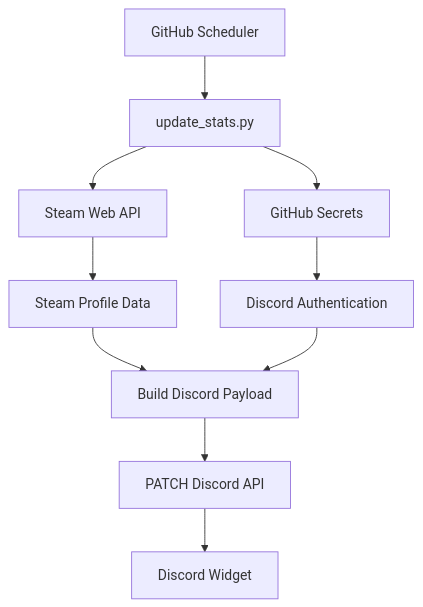
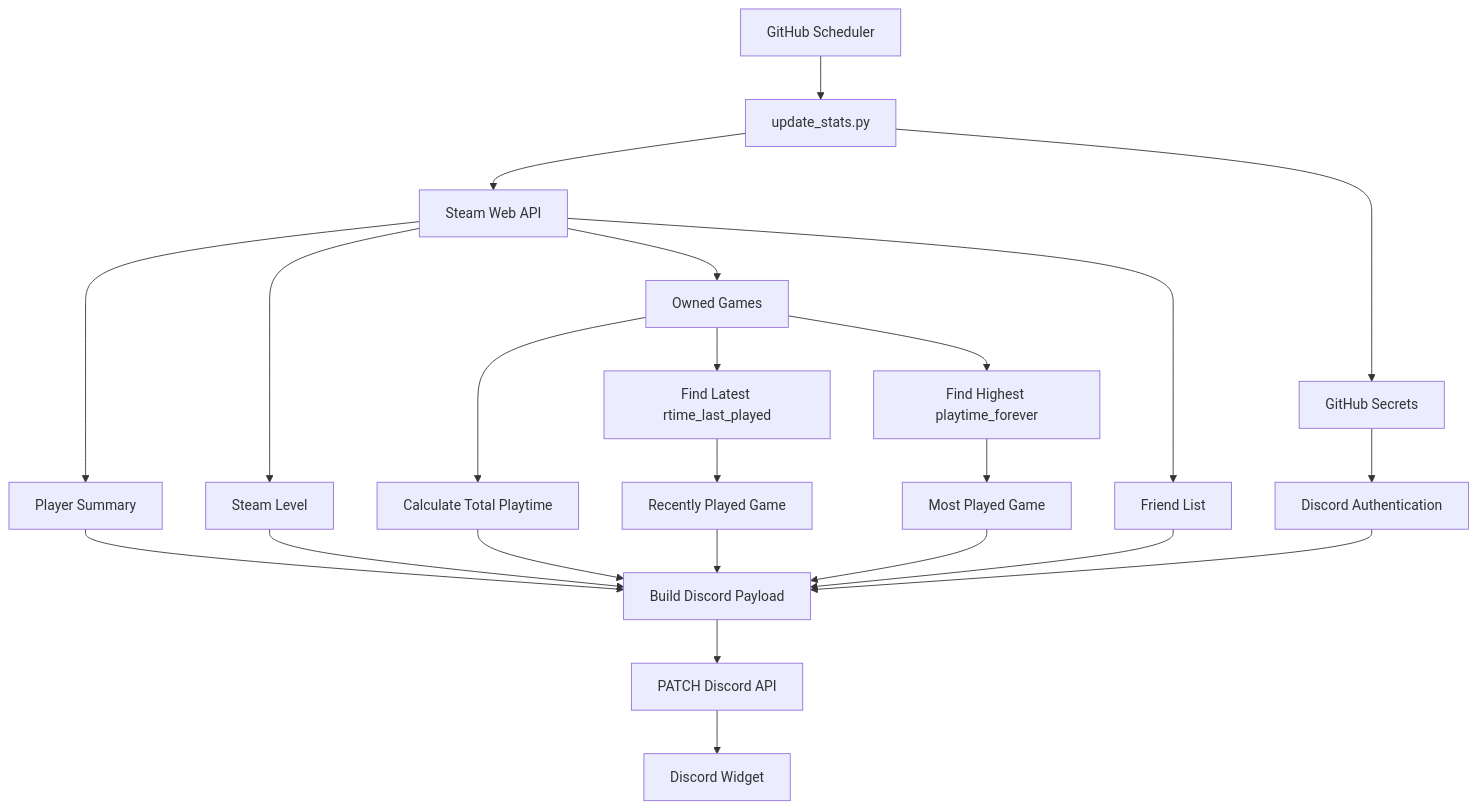
The diagram in README.md (SharwinRaj/Steam-Stats-Discord-Widget), drawn with Mermaid before and after one commit. The commit also changed other lines of this file and 1 other file, not shown here.

Commit message:
Added Most played game details

````diff
--- a/README.md
+++ b/README.md
@@ -160,12 +245,32 @@
 ```mermaid
 flowchart TD
     A[GitHub Scheduler] --> B[update_stats.py]
+
     B --> C[Steam Web API]
-    C --> D[Steam Profile Data]
-    B --> E[GitHub Secrets]
-    E --> F[Discord Authentication]
-    D --> G[Build Discord Payload]
-    F --> G
-    G --> H[PATCH Discord API]
-    H --> I[Discord Widget]
+
+    C --> D[Player Summary]
+    C --> E[Steam Level]
+    C --> F[Owned Games]
+    C --> G[Friend List]
+
+    F --> H[Calculate Total Playtime]
+    F --> I[Find Latest rtime_last_played]
+    F --> J[Find Highest playtime_forever]
+
+    I --> K[Recently Played Game]
+    J --> L[Most Played Game]
+
+    B --> M[GitHub Secrets]
+    M --> N[Discord Authentication]
+
+    D --> O[Build Discord Payload]
+    E --> O
+    H --> O
+    K --> O
+    L --> O
+    G --> O
+    N --> O
+
+    O --> P[PATCH Discord API]
+    P --> Q[Discord Widget]
 ```
````
